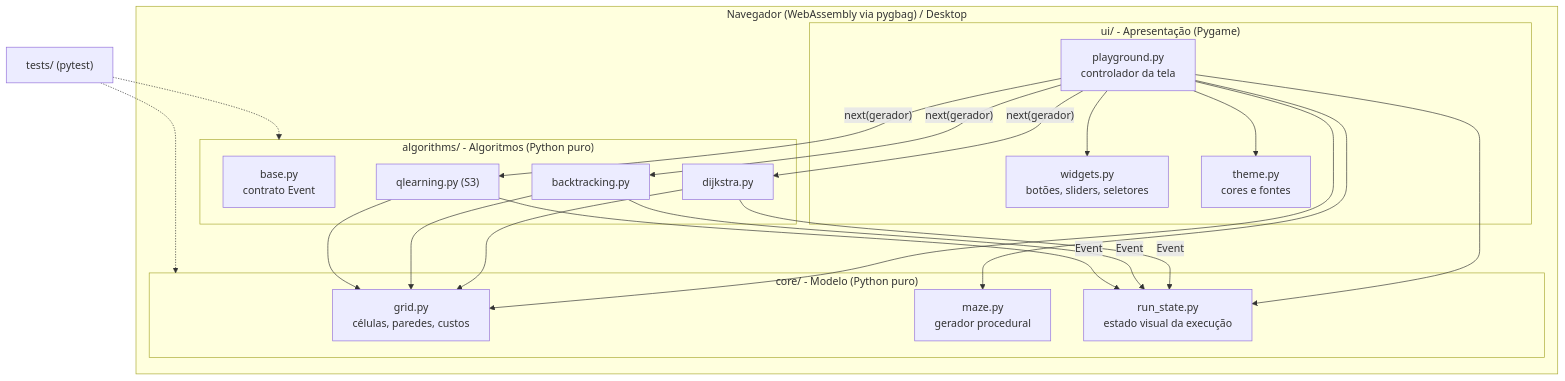
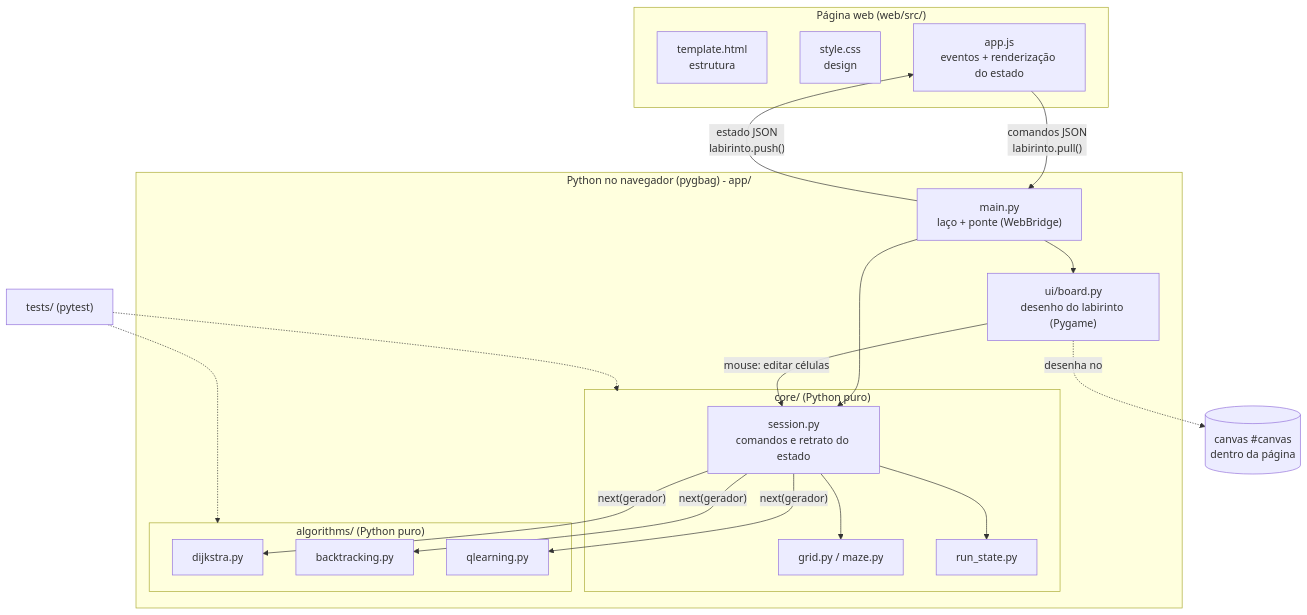
One commit to raffasrabelo/labirinto-playground changed the second of 9 diagrams in docs/02-arquitetura.md. Above: the diagram before and after it, drawn with Mermaid. The commit also changed other lines of this file and 44 other files, not shown here.

First line of the commit message:
feat: v0.3 com Q-Learning e interface em HTML/CSS

````diff
--- a/docs/02-arquitetura.md
+++ b/docs/02-arquitetura.md
@@ -28,27 +69,31 @@
 ```mermaid
 flowchart TB
-    subgraph Navegador["Navegador (WebAssembly via pygbag) / Desktop"]
-        subgraph UI["ui/ - Apresentação (Pygame)"]
-            PG["playground.py<br/>controlador da tela"]
-            W["widgets.py<br/>botões, sliders, seletores"]
-            T["theme.py<br/>cores e fontes"]
+    subgraph Pagina["Página web (web/src/)"]
+        HTML["template.html<br/>estrutura"]
+        CSS["style.css<br/>design"]
+        JS["app.js<br/>eventos + renderização do estado"]
+    end
+    subgraph Python["Python no navegador (pygbag) - app/"]
+        MAIN["main.py<br/>laço + ponte (WebBridge)"]
+        subgraph CORE["core/ (Python puro)"]
+            S["session.py<br/>comandos e retrato do estado"]
+            G["grid.py / maze.py"]
+            RS["run_state.py"]
         end
-        subgraph CORE["core/ - Modelo (Python puro)"]
-            G["grid.py<br/>células, paredes, custos"]
-            M["maze.py<br/>gerador procedural"]
-            RS["run_state.py<br/>estado visual da execução"]
-        end
-        subgraph ALG["algorithms/ - Algoritmos (Python puro)"]
-            B["base.py<br/>contrato Event"]
+        subgraph ALG["algorithms/ (Python puro)"]
             D["dijkstra.py"]
             BT["backtracking.py"]
-            Q["qlearning.py (S3)"]
+            Q["qlearning.py"]
         end
+        BV["ui/board.py<br/>desenho do labirinto (Pygame)"]
     end
-    PG --> W & T
-    PG --> G & M & RS
-    PG -- "next(gerador)" --> D & BT & Q
-    D & BT & Q -- "Event" --> RS
-    D & BT & Q --> G
+    JS -- "comandos JSON<br/>labirinto.pull()" --> MAIN
+    MAIN -- "estado JSON<br/>labirinto.push()" --> JS
+    MAIN --> S
+    MAIN --> BV
+    BV -- "mouse: editar células" --> S
+    S --> G & RS
+    S -- "next(gerador)" --> D & BT & Q
+    BV -. "desenha no" .-> CANVAS[("canvas #canvas<br/>dentro da página")]
     TESTS["tests/ (pytest)"] -.-> CORE & ALG
 ```
````
